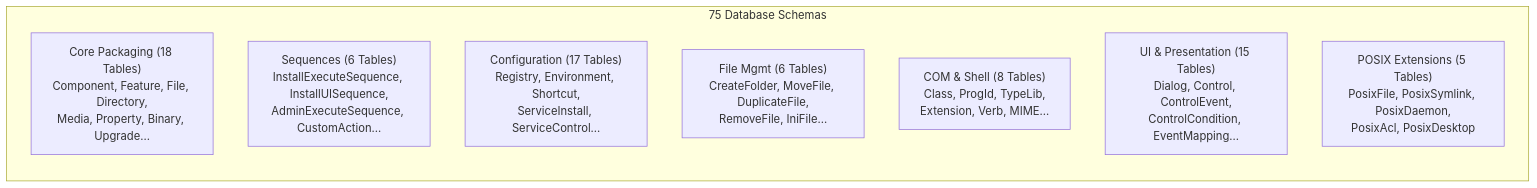
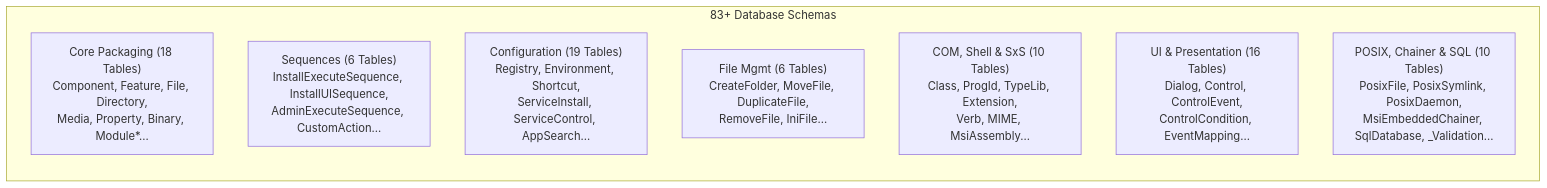
Before and after one commit to SamuelMarks/msi-rs: the sixth of 13 diagrams in ARCHITECTURE.md, drawn with Mermaid. The commit also changed other lines of this file and 259 other files, not shown here.

````diff
--- a/ARCHITECTURE.md
+++ b/ARCHITECTURE.md
@@ -296,12 +296,12 @@
 ```mermaid
 graph LR
-    subgraph SCHEMAS["75 Database Schemas"]
-        CORE["Core Packaging (18 Tables)<br/>Component, Feature, File, Directory,<br/>Media, Property, Binary, Upgrade..."]
+    subgraph SCHEMAS["83+ Database Schemas"]
+        CORE["Core Packaging (18 Tables)<br/>Component, Feature, File, Directory,<br/>Media, Property, Binary, Module*..."]
         SEQ["Sequences (6 Tables)<br/>InstallExecuteSequence, InstallUISequence,<br/>AdminExecuteSequence, CustomAction..."]
-        CONFIG["Configuration (17 Tables)<br/>Registry, Environment, Shortcut,<br/>ServiceInstall, ServiceControl..."]
+        CONFIG["Configuration (19 Tables)<br/>Registry, Environment, Shortcut,<br/>ServiceInstall, ServiceControl, AppSearch..."]
         FILE_MGMT["File Mgmt (6 Tables)<br/>CreateFolder, MoveFile, DuplicateFile,<br/>RemoveFile, IniFile..."]
-        COM["COM & Shell (8 Tables)<br/>Class, ProgId, TypeLib,<br/>Extension, Verb, MIME..."]
-        UI["UI & Presentation (15 Tables)<br/>Dialog, Control, ControlEvent,<br/>ControlCondition, EventMapping..."]
-        POSIX["POSIX Extensions (5 Tables)<br/>PosixFile, PosixSymlink, PosixDaemon,<br/>PosixAcl, PosixDesktop"]
+        COM["COM, Shell & SxS (10 Tables)<br/>Class, ProgId, TypeLib, Extension,<br/>Verb, MIME, MsiAssembly..."]
+        UI["UI & Presentation (16 Tables)<br/>Dialog, Control, ControlEvent,<br/>ControlCondition, EventMapping..."]
+        POSIX["POSIX, Chainer & SQL (10 Tables)<br/>PosixFile, PosixSymlink, PosixDaemon,<br/>MsiEmbeddedChainer, SqlDatabase, _Validation..."]
     end
 ```
````
